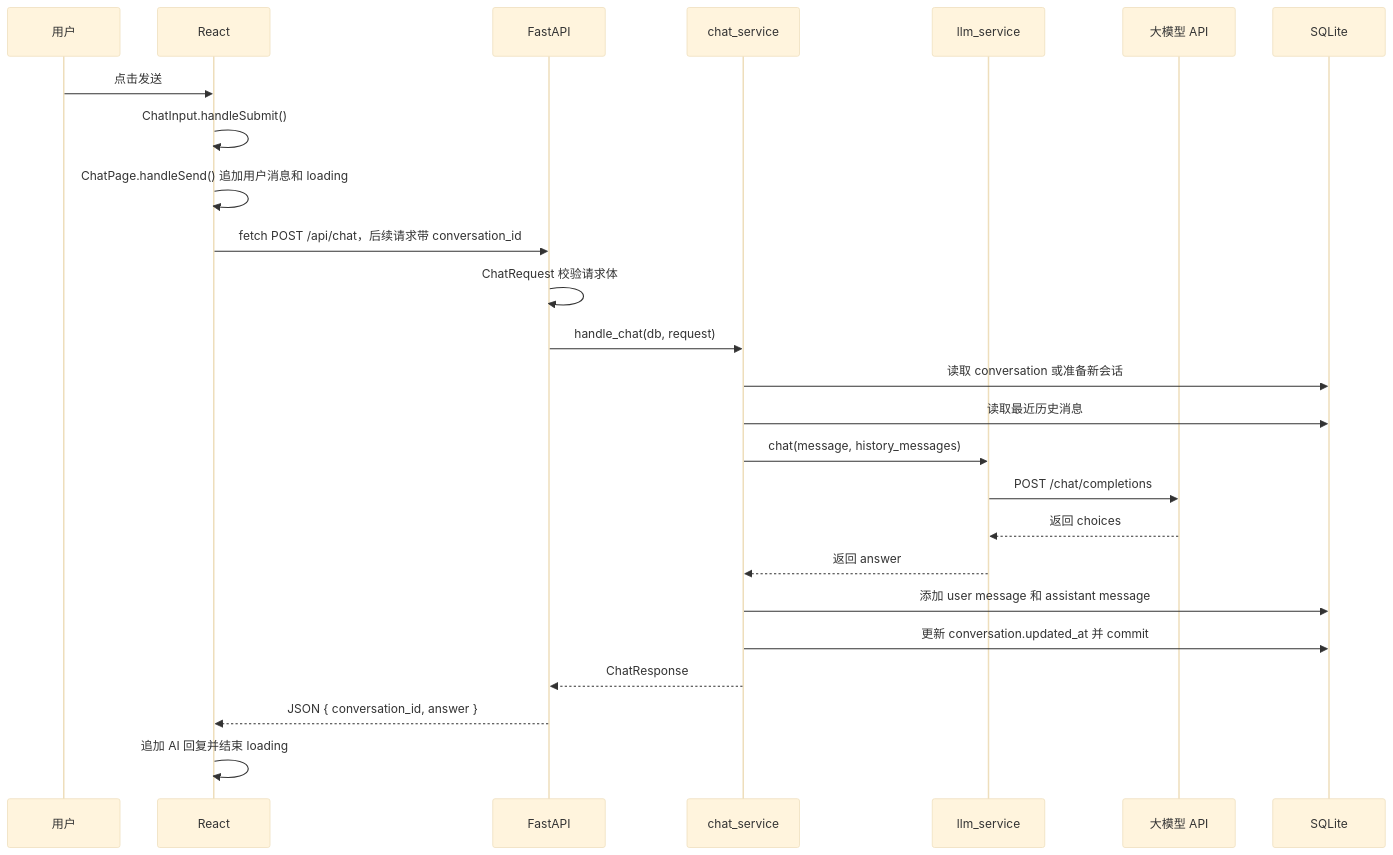
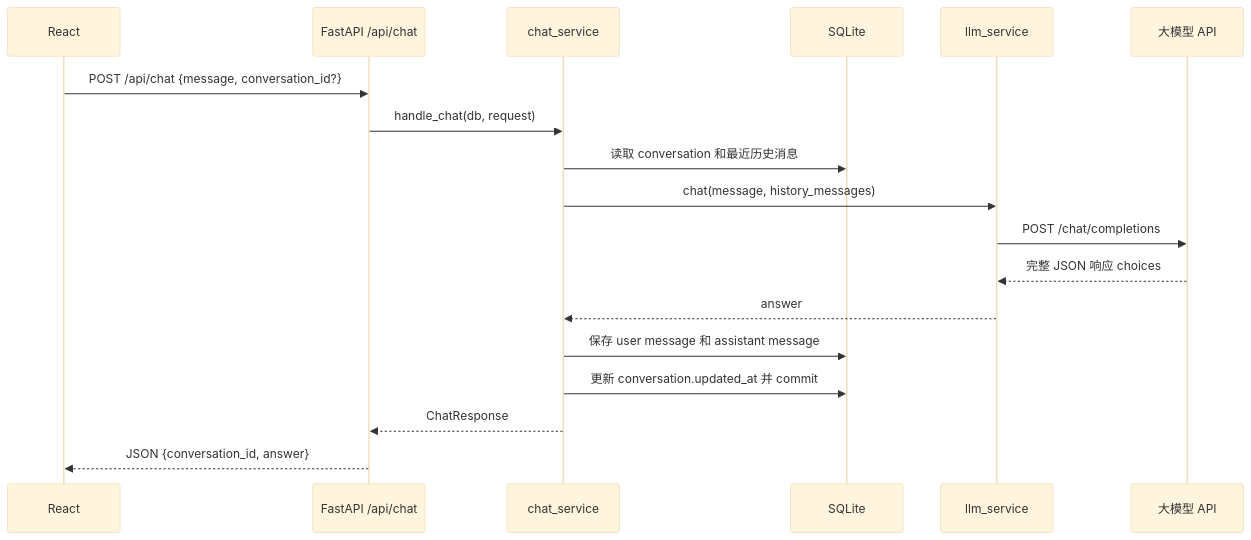
The first of 5 diagrams in docs/chat_flow.md (taoyuanjushi/ai-qa-assistant), drawn with Mermaid (base theme) before and after one commit. The commit also changed other lines of this file and 23 other files, not shown here.

````diff
--- a/docs/chat_flow.md
+++ b/docs/chat_flow.md
@@ -45,28 +82,21 @@
 ```mermaid
 sequenceDiagram
-    participant U as 用户
     participant R as React
-    participant A as FastAPI
+    participant A as FastAPI /api/chat
     participant C as chat_service
+    participant D as SQLite
     participant L as llm_service
     participant M as 大模型 API
-    participant D as SQLite
 
-    U->>R: 点击发送
-    R->>R: ChatInput.handleSubmit()
-    R->>R: ChatPage.handleSend() 追加用户消息和 loading
-    R->>A: fetch POST /api/chat，后续请求带 conversation_id
-    A->>A: ChatRequest 校验请求体
+    R->>A: POST /api/chat {message, conversation_id?}
     A->>C: handle_chat(db, request)
-    C->>D: 读取 conversation 或准备新会话
-    C->>D: 读取最近历史消息
+    C->>D: 读取 conversation 和最近历史消息
     C->>L: chat(message, history_messages)
     L->>M: POST /chat/completions
-    M-->>L: 返回 choices
-    L-->>C: 返回 answer
-    C->>D: 添加 user message 和 assistant message
+    M-->>L: 完整 JSON 响应 choices
+    L-->>C: answer
+    C->>D: 保存 user message 和 assistant message
     C->>D: 更新 conversation.updated_at 并 commit
     C-->>A: ChatResponse
-    A-->>R: JSON { conversation_id, answer }
-    R->>R: 追加 AI 回复并结束 loading
+    A-->>R: JSON {conversation_id, answer}
 ```
````
